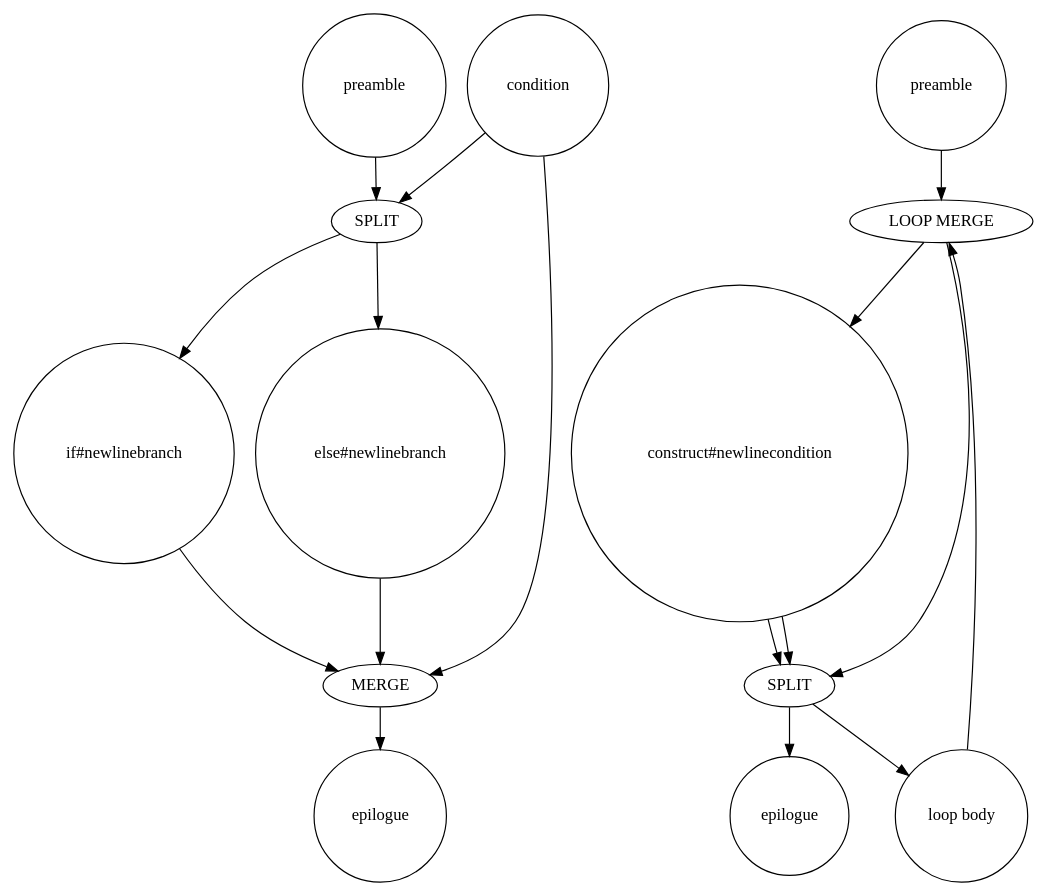
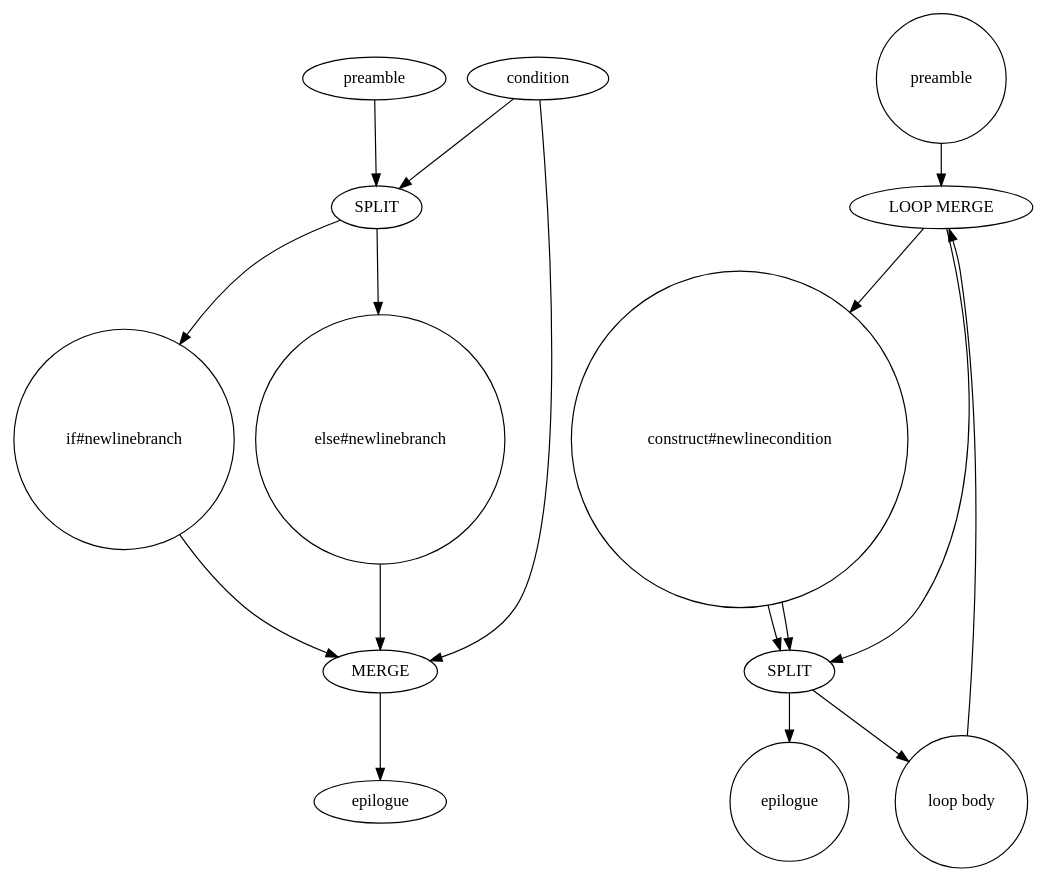
Before and after one commit to kareltucek/ctb: the diagram in thesis/contents/graphs/cf_constructs.dot, drawn with Graphviz. The commit also changed 50 other files, not shown here.

```diff
--- a/thesis/contents/graphs/cf_constructs.dot
+++ b/thesis/contents/graphs/cf_constructs.dot
@@ -1,34 +1,55 @@
 digraph G{
 #vertical 40
 #include
-  a[label=" preamble ",shape="circle"]
-  ac[label=" condition ",shape="circle"]
-  d[label=" epilogue ",shape="circle"]
-  b[label="if#newlinebranch",shape="circle"]
-  c[label="else#newlinebranch",shape="circle"]
-  s[label="SPLIT"]
-  m[label="MERGE"]
+  a[label=" preamble ",shape="ellipse"];
+  ac[label=" condition ",shape="ellipse"];
+  d[label=" epilogue ",shape="ellipse"];
+  b[label="if#newlinebranch",shape="circle"];
+  c[label="else#newlinebranch",shape="circle"];
+  s[label="SPLIT"];
+  m[label="MERGE"];
   a -> s;
   ac -> s;
   s -> b;
   s -> c;
   c -> m;
   b -> m;
   ac -> m;
   m -> d;
 
   aa -> mm;
   mm -> bb;
   mm -> ss;
   bb -> ss;
   bb -> ss;
   ss -> cc;
   cc -> mm;
   ss -> dd;
-  aa[label="preamble",shape="circle"]
-  dd[label="epilogue",shape="circle"]
-  cc[label="loop body",shape="circle"]
-  bb[label="construct#newlinecondition",shape="circle"]
-  ss[label="SPLIT"]
-  mm[label="LOOP MERGE"]
+  aa[label="preamble",shape="circle"];
+  dd[label="epilogue",shape="circle"];
+  cc[label="loop body",shape="circle"];
+  bb[label="construct#newlinecondition",shape="circle"];
+  ss[label="SPLIT"];
+  mm[label="LOOP MERGE"];
+
+//  aa[label="preamble",shape="ellipse"];
+//  dd[label="epilogue",shape="ellipse"];
+//
+//  lm[label="MERGE"];
+//  ls[label="SPLIT"];
+//  lc[label="LOOP CONDITION"];
+//  lb[label="loop body",shape="circle"];
+//
+//  aa->lm;
+//  aa->lc;
+//  lm->ls;
+//  ls->lb;
+//  lm->lb[dir=back];
+//  lc->lb[dir=back];
+//  ls->dd;
+//  lc->lm;
+//  lc->ls;
+
+
+
 }
```
